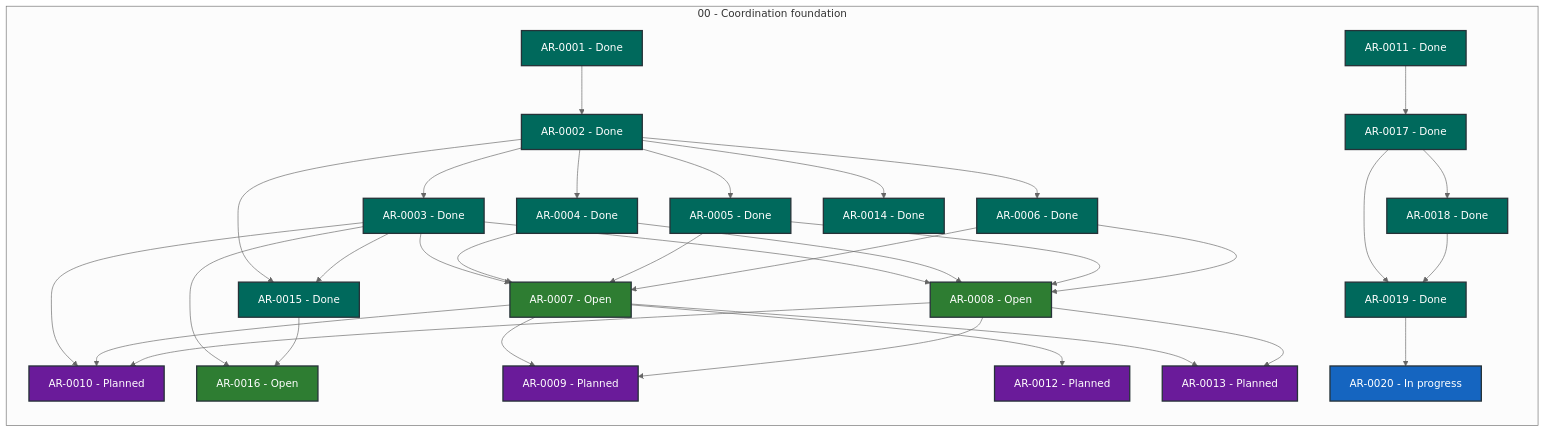
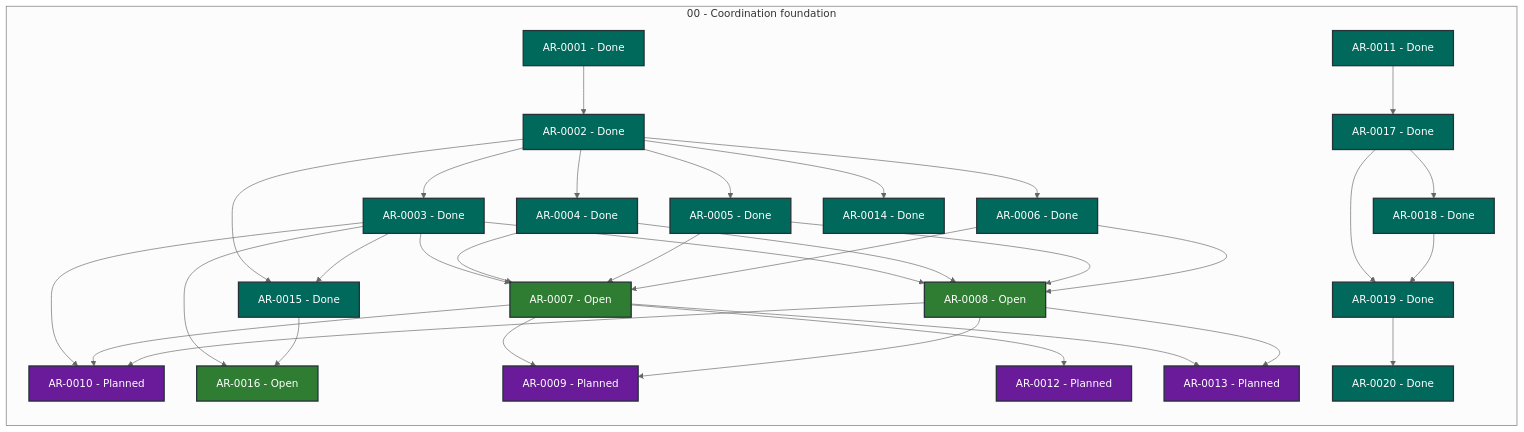
Before and after one commit to martin-beck/agent-workflow-coordinator-state: the diagram in STATUS.md, drawn with Mermaid (neutral theme). The commit also changed other lines of this file and 2 other files, not shown here.

````diff
--- a/STATUS.md
+++ b/STATUS.md
@@ -27,65 +27,65 @@
 ```mermaid
 flowchart LR
     subgraph series_00["00 - Coordination foundation"]
         direction TB
         AR_0001["AR-0001 - Done"]:::status_done
         AR_0002["AR-0002 - Done"]:::status_done
         AR_0003["AR-0003 - Done"]:::status_done
         AR_0004["AR-0004 - Done"]:::status_done
         AR_0005["AR-0005 - Done"]:::status_done
         AR_0006["AR-0006 - Done"]:::status_done
         AR_0007["AR-0007 - Open"]:::status_open
         AR_0008["AR-0008 - Open"]:::status_open
         AR_0009["AR-0009 - Planned"]:::status_planned
         AR_0010["AR-0010 - Planned"]:::status_planned
         AR_0011["AR-0011 - Done"]:::status_done
         AR_0012["AR-0012 - Planned"]:::status_planned
         AR_0013["AR-0013 - Planned"]:::status_planned
         AR_0014["AR-0014 - Done"]:::status_done
         AR_0015["AR-0015 - Done"]:::status_done
         AR_0016["AR-0016 - Open"]:::status_open
         AR_0017["AR-0017 - Done"]:::status_done
         AR_0018["AR-0018 - Done"]:::status_done
         AR_0019["AR-0019 - Done"]:::status_done
-        AR_0020["AR-0020 - In progress"]:::status_in_progress
+        AR_0020["AR-0020 - Done"]:::status_done
     end
     AR_0001 --> AR_0002
     AR_0002 --> AR_0003
     AR_0002 --> AR_0004
     AR_0002 --> AR_0005
     AR_0002 --> AR_0006
     AR_0002 --> AR_0014
     AR_0002 --> AR_0015
     AR_0003 --> AR_0007
     AR_0003 --> AR_0008
     AR_0003 --> AR_0010
     AR_0003 --> AR_0015
     AR_0003 --> AR_0016
     AR_0004 --> AR_0007
     AR_0004 --> AR_0008
     AR_0005 --> AR_0007
     AR_0005 --> AR_0008
     AR_0006 --> AR_0007
     AR_0006 --> AR_0008
     AR_0007 --> AR_0009
     AR_0007 --> AR_0010
     AR_0007 --> AR_0012
     AR_0007 --> AR_0013
     AR_0008 --> AR_0009
     AR_0008 --> AR_0010
     AR_0008 --> AR_0013
     AR_0011 --> AR_0017
     AR_0015 --> AR_0016
     AR_0017 --> AR_0018
     AR_0017 --> AR_0019
     AR_0018 --> AR_0019
     AR_0019 --> AR_0020
     classDef status_in_progress fill:#1565c0,color:#ffffff,stroke:#263238,stroke-width:2px
     classDef status_open fill:#2e7d32,color:#ffffff,stroke:#263238,stroke-width:2px
     classDef status_blocked fill:#c62828,color:#ffffff,stroke:#263238,stroke-width:2px
     classDef status_planned fill:#6a1b9a,color:#ffffff,stroke:#263238,stroke-width:2px
     classDef status_future fill:#455a64,color:#ffffff,stroke:#263238,stroke-width:2px
     classDef status_done fill:#00695c,color:#ffffff,stroke:#263238,stroke-width:2px
     classDef status_cancelled fill:#616161,color:#ffffff,stroke:#263238,stroke-width:2px
     classDef status_superseded fill:#5d4037,color:#ffffff,stroke:#263238,stroke-width:2px
 ```
````
